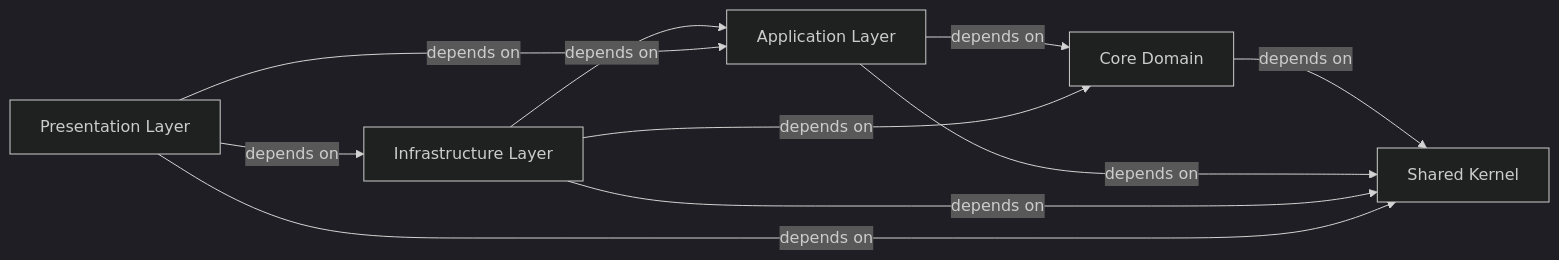
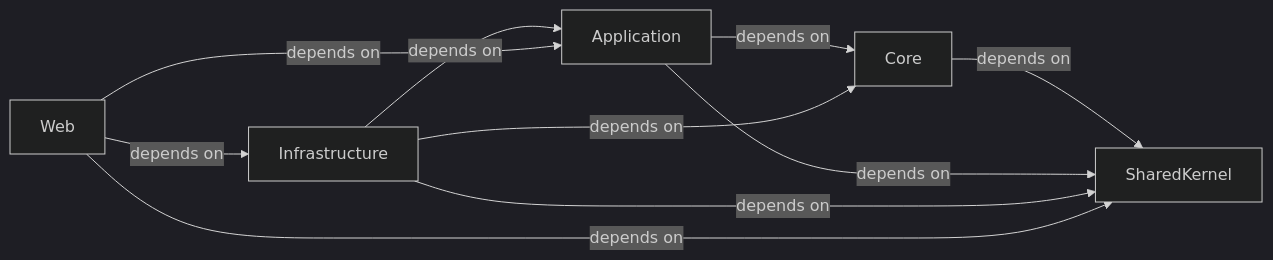
One commit to CodeBoarding/GeneratedOnBoardings changed the diagram in CleanArchitecture/on_boarding.md. Above: the diagram before and after it, drawn with Mermaid (dark theme). The commit also changed other lines of this file and 9 other files, not shown here.

Commit message:
Uploading onboarding materials for CleanArchitecture

````diff
--- a/CleanArchitecture/on_boarding.md
+++ b/CleanArchitecture/on_boarding.md
@@ -1,22 +1,21 @@
 ```mermaid
 graph LR
-    Core_Domain["Core Domain"]
-    Application_Layer["Application Layer"]
-    Infrastructure_Layer["Infrastructure Layer"]
-    Presentation_Layer["Presentation Layer"]
-    Shared_Kernel["Shared Kernel"]
-    Core_Domain -- "depends on" --> Shared_Kernel
-    Application_Layer -- "depends on" --> Core_Domain
-    Application_Layer -- "depends on" --> Shared_Kernel
-    Infrastructure_Layer -- "depends on" --> Core_Domain
-    Infrastructure_Layer -- "depends on" --> Application_Layer
-    Infrastructure_Layer -- "depends on" --> Shared_Kernel
-    Presentation_Layer -- "depends on" --> Application_Layer
-    Presentation_Layer -- "depends on" --> Infrastructure_Layer
-    Presentation_Layer -- "depends on" --> Shared_Kernel
-    click Core_Domain href "https://github.com/CodeBoarding/GeneratedOnBoardings/blob/main/CleanArchitecture/Core_Domain.md" "Details"
-    click Application_Layer href "https://github.com/CodeBoarding/GeneratedOnBoardings/blob/main/CleanArchitecture/Application_Layer.md" "Details"
-    click Infrastructure_Layer href "https://github.com/CodeBoarding/GeneratedOnBoardings/blob/main/CleanArchitecture/Infrastructure_Layer.md" "Details"
-    click Presentation_Layer href "https://github.com/CodeBoarding/GeneratedOnBoardings/blob/main/CleanArchitecture/Presentation_Layer.md" "Details"
-    click Shared_Kernel href "https://github.com/CodeBoarding/GeneratedOnBoardings/blob/main/CleanArchitecture/Shared_Kernel.md" "Details"
+    Core["Core"]
+    Application["Application"]
+    Infrastructure["Infrastructure"]
+    Web["Web"]
+    SharedKernel["SharedKernel"]
+    Core -- "depends on" --> SharedKernel
+    Application -- "depends on" --> Core
+    Application -- "depends on" --> SharedKernel
+    Infrastructure -- "depends on" --> Core
+    Infrastructure -- "depends on" --> Application
+    Infrastructure -- "depends on" --> SharedKernel
+    Web -- "depends on" --> Application
+    Web -- "depends on" --> Infrastructure
+    Web -- "depends on" --> SharedKernel
+    click Core href "https://github.com/CodeBoarding/GeneratedOnBoardings/blob/main/CleanArchitecture/Core.md" "Details"
+    click Application href "https://github.com/CodeBoarding/GeneratedOnBoardings/blob/main/CleanArchitecture/Application.md" "Details"
+    click Web href "https://github.com/CodeBoarding/GeneratedOnBoardings/blob/main/CleanArchitecture/Web.md" "Details"
+    click SharedKernel href "https://github.com/CodeBoarding/GeneratedOnBoardings/blob/main/CleanArchitecture/SharedKernel.md" "Details"
 ```
````
